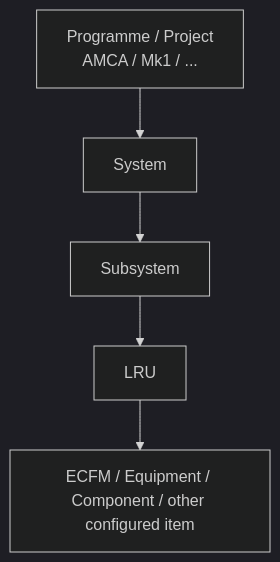
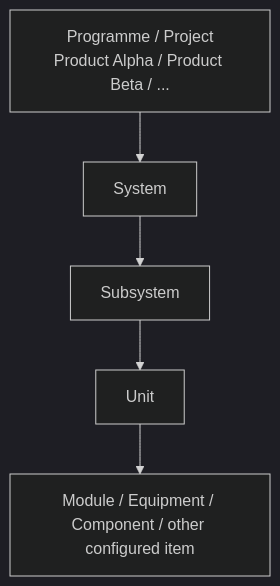
Before and after one commit to AntonMT686/ELM: the second of 26 diagrams in Docs/ARCHITECTURE_WORKFLOWS.md, drawn with Mermaid (dark theme). The commit also changed other lines of this file and 131 other files, not shown here.

````diff
--- a/Docs/ARCHITECTURE_WORKFLOWS.md
+++ b/Docs/ARCHITECTURE_WORKFLOWS.md
@@ -78,8 +78,8 @@
 ```mermaid
 flowchart TD
-    PROG["Programme / Project<br/>AMCA / Mk1 / ..."]
+    PROG["Programme / Project<br/>Product Alpha / Product Beta / ..."]
     PROG --> SYS["System"]
     SYS --> SUB["Subsystem"]
-    SUB --> LRU["LRU"]
-    LRU --> ITEM["ECFM / Equipment / Component / other configured item"]
+    SUB --> Unit["Unit"]
+    Unit --> ITEM["Module / Equipment / Component / other configured item"]
 ```
````
